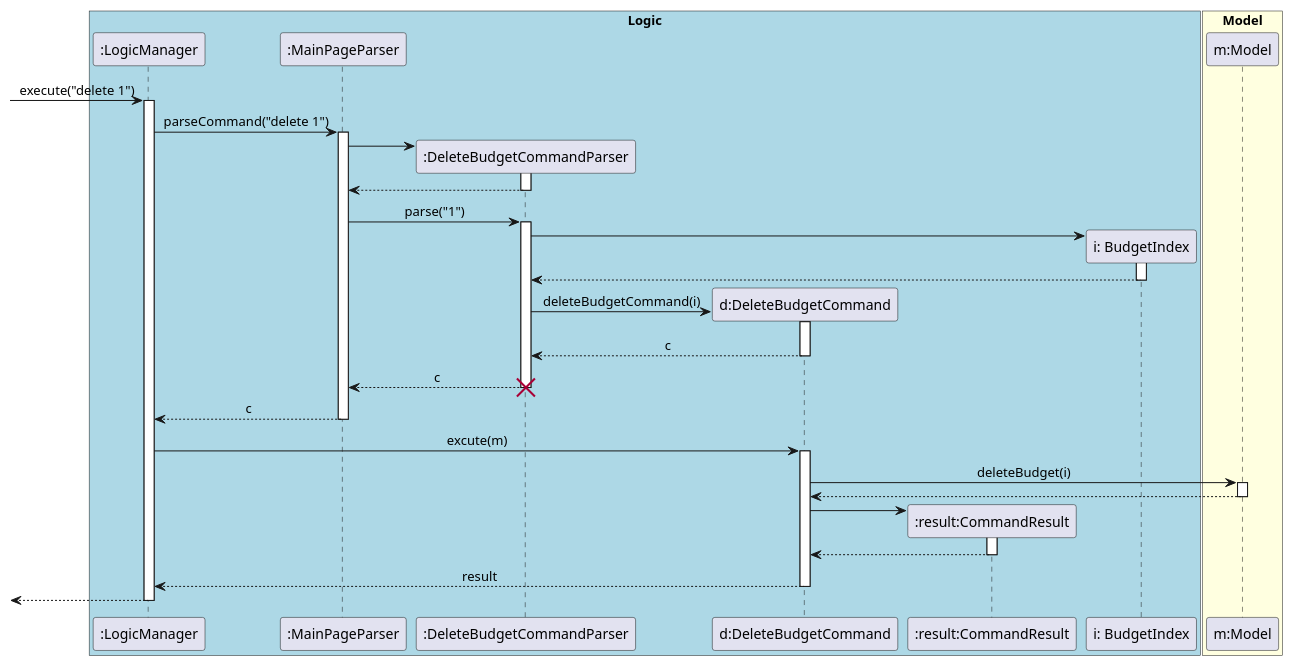
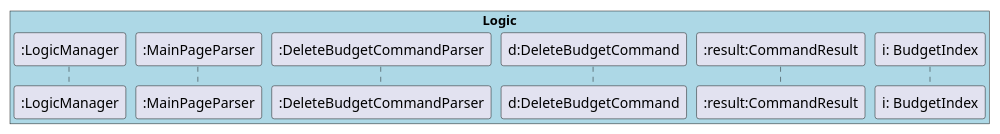
The diagram in docs/diagrams/commandsPlantUML/DeleteBudgetCommand.puml (yu-ming-chen/tp), drawn with PlantUML before and after one commit. The commit also changed 12 other files, not shown here.

```diff
--- a/docs/diagrams/commandsPlantUML/DeleteBudgetCommand.puml
+++ b/docs/diagrams/commandsPlantUML/DeleteBudgetCommand.puml
@@ -1,67 +1,67 @@
 @startuml
 skinparam Sequence {
     MessageAlign center
 }
 box "Logic" #LightBlue
 participant ":LogicManager" as LM
 participant ":MainPageParser" as MPP
 participant ":DeleteBudgetCommandParser" as DBCP
 participant "d:DeleteBudgetCommand" as DBC
 participant ":result:CommandResult" as CR
 participant "i: BudgetIndex" as BI
 
 end box
-
-box "Model" #LightYellow
-participant "m:Model" as M
-end box
-
-[-> LM : execute("delete 1")
-activate LM
-LM -> MPP : parseCommand("delete 1")
-activate MPP
-
-create DBCP
-MPP -> DBCP
-activate DBCP
-MPP <-- DBCP
-deactivate DBCP
-MPP -> DBCP : parse("1")
-activate DBCP
-
-create BI
-DBCP -> BI
-activate BI
-DBCP <-- BI
-deactivate BI
-
-create DBC
-DBCP -> DBC : deleteBudgetCommand(i)
-activate DBC
-DBCP <-- DBC : c
-deactivate DBC
-MPP <-- DBCP : c
-deactivate DBCP
-destroy DBCP
-LM <-- MPP : c
-deactivate MPP
-
-LM -> DBC: excute(m)
-activate DBC
-DBC -> M : deleteBudget(i)
-activate M
-DBC <-- M
-deactivate M
-
-create CR
-DBC -> CR
-activate CR
-DBC <-- CR
-deactivate CR
-
-LM <-- DBC: result
-deactivate DBC
-[<-- LM
-deactivate LM
+'
+'box "Model" #LightYellow
+'participant "m:Model" as M
+'end box
+'
+'[-> LM : execute("delete 1")
+'activate LM
+'LM -> MPP : parseCommand("delete 1")
+'activate MPP
+'
+'create DBCP
+'MPP -> DBCP
+'activate DBCP
+'MPP <-- DBCP
+'deactivate DBCP
+'MPP -> DBCP : parse("1")
+'activate DBCP
+'
+'create BI
+'DBCP -> BI
+'activate BI
+'DBCP <-- BI
+'deactivate BI
+'
+'create DBC
+'DBCP -> DBC : deleteBudgetCommand(i)
+'activate DBC
+'DBCP <-- DBC : c
+'deactivate DBC
+'MPP <-- DBCP : c
+'deactivate DBCP
+'destroy DBCP
+'LM <-- MPP : c
+'deactivate MPP
+'
+'LM -> DBC: excute(m)
+'activate DBC
+'DBC -> M : deleteBudget(i)
+'activate M
+'DBC <-- M
+'deactivate M
+'
+'create CR
+'DBC -> CR
+'activate CR
+'DBC <-- CR
+'deactivate CR
+'
+'LM <-- DBC: result
+'deactivate DBC
+'[<-- LM
+'deactivate LM
 
 @enduml
```
